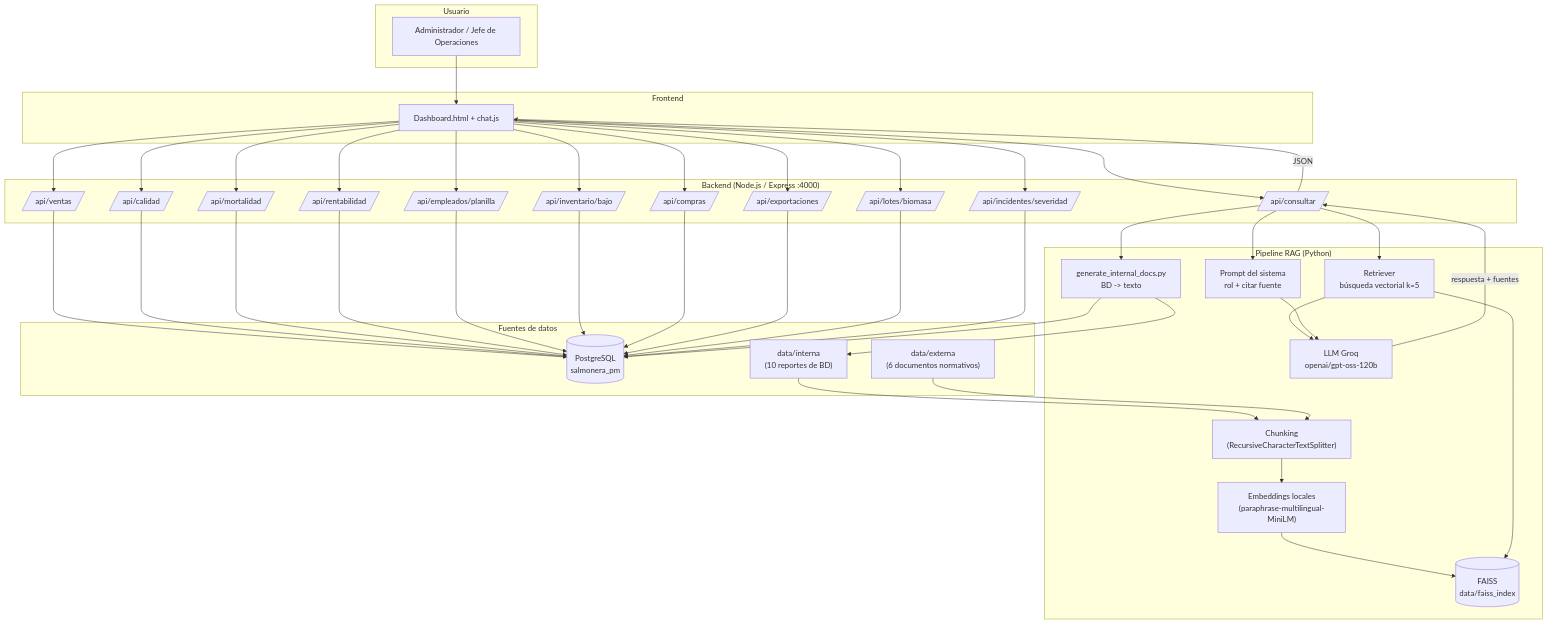
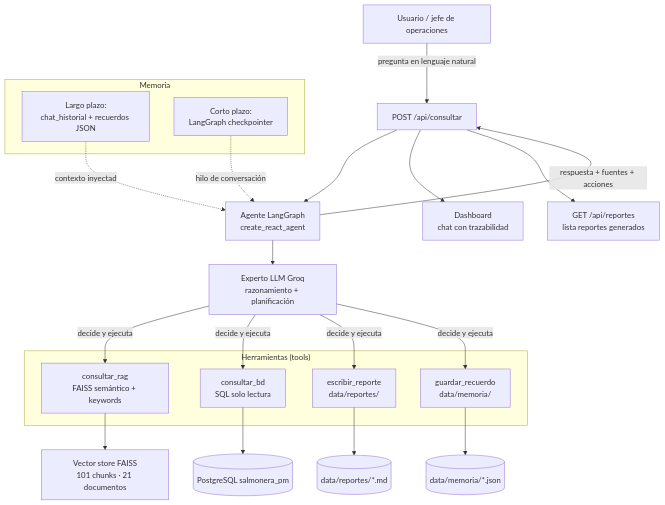
One commit to yenyag/Salmonera_PM changed the diagram in docs/arquitectura.md. Above: the diagram before and after it, drawn with Mermaid. The commit also changed other lines of this file and 21 other files, not shown here.

First line of the commit message:
feat(ep2): agente funcional LangGraph con herramientas, memoria y planificacion

````diff
--- a/docs/arquitectura.md
+++ b/docs/arquitectura.md
@@ -5,83 +8,34 @@
 ```mermaid
 flowchart TD
-    subgraph Usuario
-        U[Administrador / Jefe de Operaciones]
+    U[Usuario / jefe de operaciones] -->|pregunta en lenguaje natural| API[POST /api/consultar]
+    API --> AG[Agente LangGraph<br/>create_react_agent]
+    AG --> RX[Experto LLM Groq<br/>razonamiento + planificación]
+
+    subgraph HERRAMIENTAS["Herramientas (tools)"]
+        RAG[consultar_rag<br/>FAISS semántico + keywords]
+        BD[consultar_bd<br/>SQL solo lectura]
+        REP[escribir_reporte<br/>data/reportes/]
+        MEM[guardar_recuerdo<br/>data/memoria/]
     end
 
-    subgraph Frontend
-        DB[Dashboard.html + chat.js]
+    RX -->|decide y ejecuta| RAG
+    RX -->|decide y ejecuta| BD
+    RX -->|decide y ejecuta| REP
+    RX -->|decide y ejecuta| MEM
+
+    subgraph MEMORIA["Memoria"]
+        LP[Largo plazo:<br/>chat_historial + recuerdos JSON]
+        CP[Corto plazo:<br/>LangGraph checkpointer]
     end
 
-    subgraph Backend_Node["Backend (Node.js / Express :4000)"]
-        API[/api/consultar/]
-        VENTAS[/api/ventas/]
-        CALIDAD[/api/calidad/]
-        MORT[/api/mortalidad/]
-        RENTA[/api/rentabilidad/]
-        RRHH[/api/empleados/planilla/]
-        INVENT[/api/inventario/bajo/]
-        COMPRAS[/api/compras/]
-        EXPOR[/api/exportaciones/]
-        LOTES[/api/lotes/biomasa/]
-        INCID[/api/incidentes/severidad/]
-    end
+    RAG --> VOC[Vector store FAISS<br/>101 chunks · 21 documentos]
+    BD --> PG[(PostgreSQL salmonera_pm)]
+    REP --> FILES[(data/reportes/*.md)]
+    MEM --> FILES2[(data/memoria/*.json)]
 
-    subgraph Fuentes["Fuentes de datos"]
-        PG[(PostgreSQL<br/>salmonera_pm)]
-        DOCS["data/interna<br/>(10 reportes de BD)"]
-        EXT["data/externa<br/>(6 documentos normativos)"]
-    end
+    LP -.contexto inyectado.-> AG
+    CP -.hilo de conversación.-> AG
 
-    subgraph Pipeline_RAG["Pipeline RAG (Python)"]
-        GEN["generate_internal_docs.py<br/>BD -> texto"]
-        CHUNK["Chunking<br/>(RecursiveCharacterTextSplitter)"]
-        EMB["Embeddings locales<br/>(paraphrase-multilingual-MiniLM)"]
-        FAISS[(FAISS<br/>data/faiss_index)]
-        RET[Retriever<br/>búsqueda vectorial k=5]
-        LLM[LLM Groq<br/>openai/gpt-oss-120b]
-        PROMPT[Prompt del sistema<br/>rol + citar fuente]
-    end
-
-    U --> DB
-    DB --> API
-    DB --> VENTAS
-    DB --> CALIDAD
-    DB --> MORT
-    DB --> RENTA
-    DB --> RRHH
-    DB --> INVENT
-    DB --> COMPRAS
-    DB --> EXPOR
-    DB --> LOTES
-    DB --> INCID
-
-    VENTAS --> PG
-    CALIDAD --> PG
-    MORT --> PG
-    RENTA --> PG
-    RRHH --> PG
-    INVENT --> PG
-    COMPRAS --> PG
-    EXPOR --> PG
-    LOTES --> PG
-    INCID --> PG
-
-    API --> GEN
-    GEN --> PG
-    GEN --> DOCS
-
-    DOCS --> CHUNK
-    EXT --> CHUNK
-    CHUNK --> EMB
-    EMB --> FAISS
-
-    API --> RET
-    RET --> FAISS
-    RET --> LLM
-
-    API --> PROMPT
-    PROMPT --> LLM
-
-    LLM -->|respuesta + fuentes| API
-    API -->|JSON| DB
+    AG -->|respuesta + fuentes + acciones| API --> D[Dashboard<br/>chat con trazabilidad]
+    API --> REP2[GET /api/reportes<br/>lista reportes generados]
 ```
````
